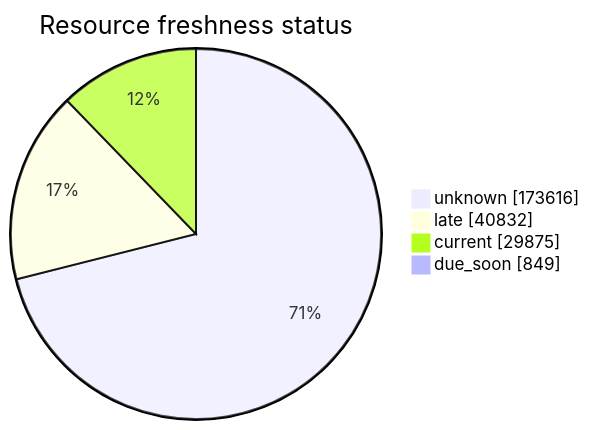
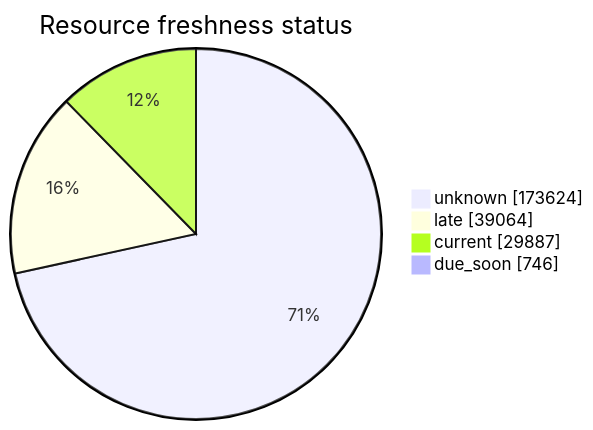
Before and after one commit to open-data/analytics-corporate-reporting: the third of 5 diagrams in FreshCheck/README.md, drawn with Mermaid. The commit also changed other lines of this file and 3 other files, not shown here.

````diff
--- a/FreshCheck/README.md
+++ b/FreshCheck/README.md
@@ -77,7 +77,7 @@
 ```mermaid
 pie showData title Resource freshness status
-    "unknown": 173616
-    "late": 40832
-    "current": 29875
-    "due_soon": 849
+    "unknown": 173624
+    "late": 39064
+    "current": 29887
+    "due_soon": 746
 ```
````
